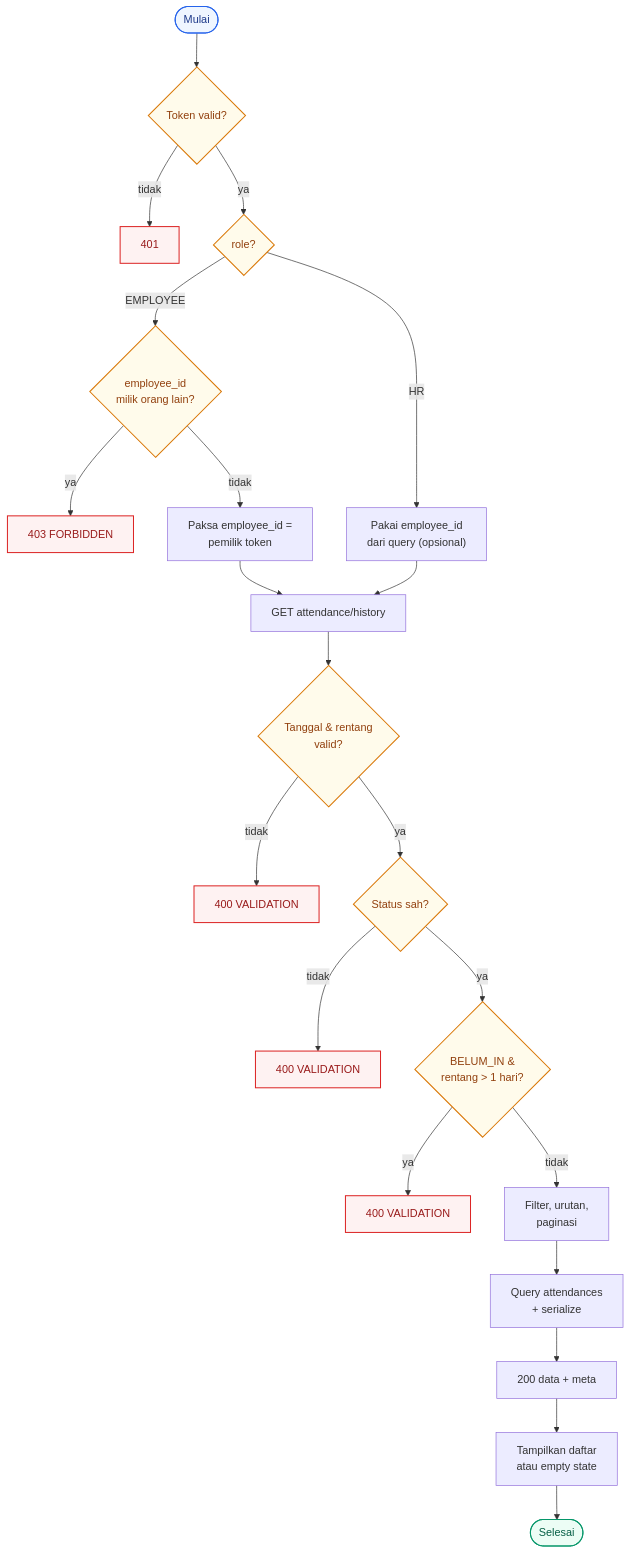
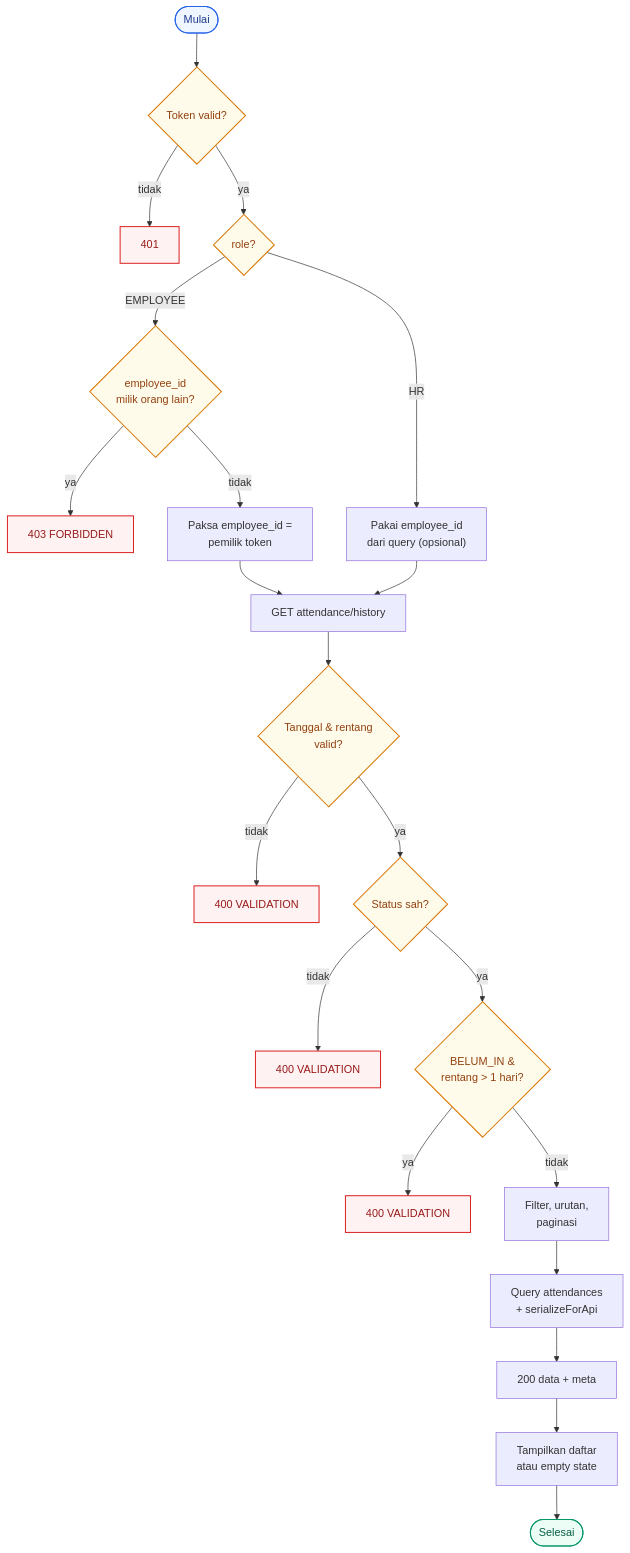
One commit to faizmarwan2/Project1 changed the sixth of 15 diagrams in docs/project-a/03-Activity-Diagram.md. Above: the diagram before and after it, drawn with Mermaid. The commit also changed other lines of this file and 20 other files, not shown here.

````diff
--- a/docs/project-a/03-Activity-Diagram.md
+++ b/docs/project-a/03-Activity-Diagram.md
@@ -191,28 +191,28 @@
 ```mermaid
 flowchart TD
     A(["Mulai"]):::start --> B{"Token valid?"}:::gate
     B -- "tidak" --> X1["401"]:::err
     B -- "ya" --> C{"role?"}:::gate
     C -- "EMPLOYEE" --> D{"employee_id<br/>milik orang lain?"}:::gate
     D -- "ya" --> X2["403 FORBIDDEN"]:::err
     D -- "tidak" --> E["Paksa employee_id =<br/>pemilik token"]
     C -- "HR" --> F["Pakai employee_id<br/>dari query (opsional)"]
     E --> G["GET attendance/history"]
     F --> G
     G --> H{"Tanggal & rentang<br/>valid?"}:::gate
     H -- "tidak" --> X3["400 VALIDATION"]:::err
     H -- "ya" --> I{"Status sah?"}:::gate
     I -- "tidak" --> X4["400 VALIDATION"]:::err
     I -- "ya" --> J{"BELUM_IN &<br/>rentang > 1 hari?"}:::gate
     J -- "ya" --> X5["400 VALIDATION"]:::err
     J -- "tidak" --> K["Filter, urutan,<br/>paginasi"]
-    K --> L["Query attendances<br/>+ serialize"]
+    K --> L["Query attendances<br/>+ serializeForApi"]
     L --> M["200 data + meta"]
     M --> N["Tampilkan daftar<br/>atau empty state"]
     N --> O(["Selesai"]):::ok
 
     classDef start fill:#eff6ff,stroke:#2563eb,color:#1e3a8a,stroke-width:1.5px;
     classDef gate fill:#fffbeb,stroke:#d97706,color:#92400e,stroke-width:1.5px;
     classDef err fill:#fef2f2,stroke:#dc2626,color:#991b1b,stroke-width:1.5px;
     classDef ok fill:#ecfdf5,stroke:#059669,color:#065f46,stroke-width:1.5px;
 ```
````
